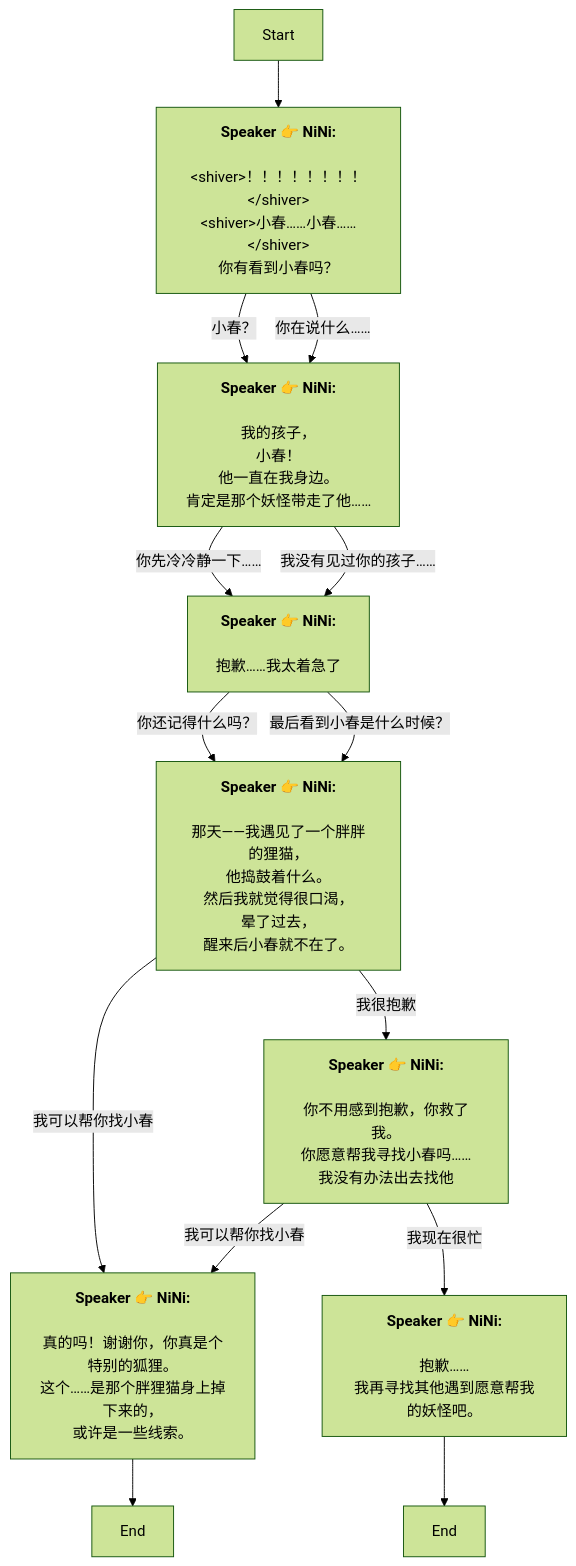
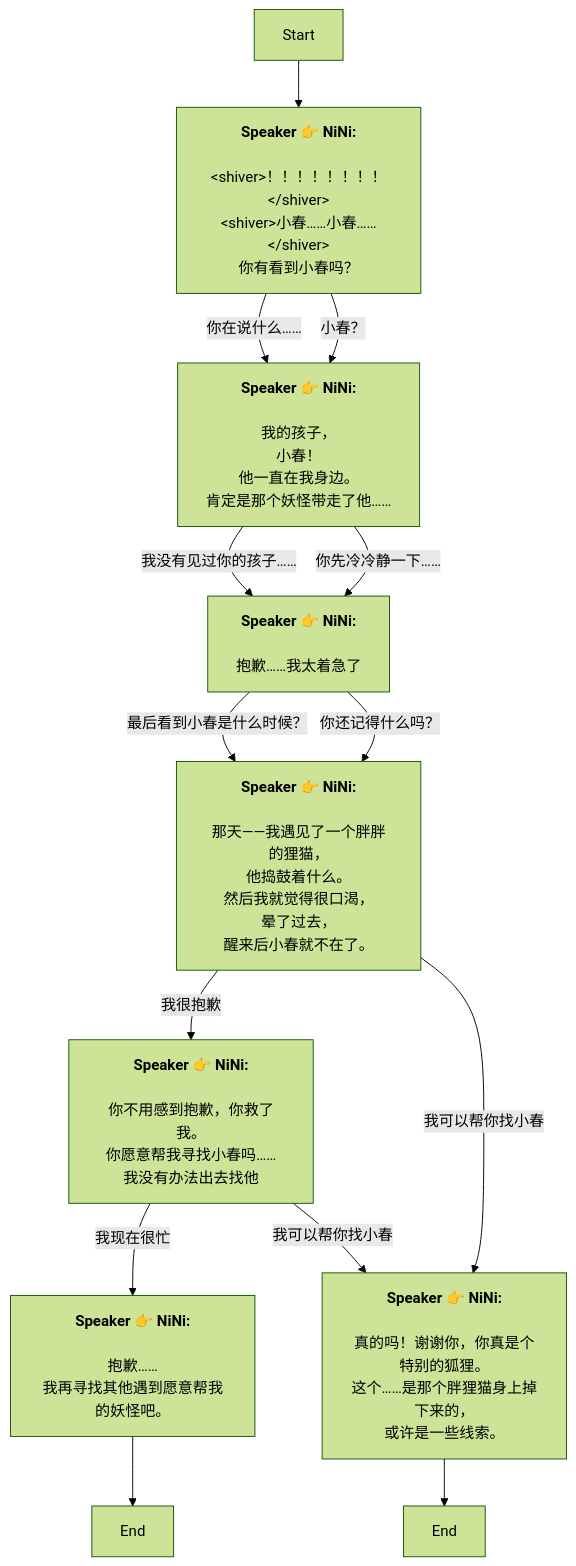
Before and after one commit to SoftHu/tos_avg: the diagram in Zh/QuestTalkObjectiveNode_1766053212522197.md, drawn with Mermaid (forest theme). The commit also changed other lines of this file and 780 other files, not shown here.

````diff
--- a/Zh/QuestTalkObjectiveNode_1766053212522197.md
+++ b/Zh/QuestTalkObjectiveNode_1766053212522197.md
@@ -1,42 +1,42 @@
 ```mermaid
 graph
 Start -->1766053515595483[<b>Speaker 👉 NiNi:</b>
 \n&lt;shiver&gt;！！！！！！！！&lt;/shiver&gt;\n&lt;shiver&gt;小春……小春……&lt;/shiver&gt;\n你有看到小春吗？]
+1766053515595483 -->|你在说什么……|1766055012627169[<b>Speaker 👉 NiNi:</b>
+\n我的孩子，
+小春！ 
+他一直在我身边。\n肯定是那个妖怪带走了他……]
 1766053515595483 -->|小春？|1766055012627169[<b>Speaker 👉 NiNi:</b>
 \n我的孩子，
 小春！ 
 他一直在我身边。\n肯定是那个妖怪带走了他……]
-1766053515595483 -->|你在说什么……|1766055012627169[<b>Speaker 👉 NiNi:</b>
-\n我的孩子，
-小春！ 
-他一直在我身边。\n肯定是那个妖怪带走了他……]
+1766055012627169 -->|我没有见过你的孩子……|1766056153452252[<b>Speaker 👉 NiNi:</b>
+\n抱歉……我太着急了]
 1766055012627169 -->|你先冷冷静一下……|1766056153452252[<b>Speaker 👉 NiNi:</b>
 \n抱歉……我太着急了]
-1766055012627169 -->|我没有见过你的孩子……|1766056153452252[<b>Speaker 👉 NiNi:</b>
-\n抱歉……我太着急了]
+1766056153452252 -->|最后看到小春是什么时候？|1766056200126178[<b>Speaker 👉 NiNi:</b>
+\n那天——我遇见了一个胖胖的狸猫，
+他捣鼓着什么。\n然后我就觉得很口渴，
+晕了过去，
+醒来后小春就不在了。]
 1766056153452252 -->|你还记得什么吗？|1766056200126178[<b>Speaker 👉 NiNi:</b>
 \n那天——我遇见了一个胖胖的狸猫，
 他捣鼓着什么。\n然后我就觉得很口渴，
 晕了过去，
 醒来后小春就不在了。]
-1766056153452252 -->|最后看到小春是什么时候？|1766056200126178[<b>Speaker 👉 NiNi:</b>
-\n那天——我遇见了一个胖胖的狸猫，
-他捣鼓着什么。\n然后我就觉得很口渴，
-晕了过去，
-醒来后小春就不在了。]
+1766056200126178 -->|我很抱歉|1766056329715434[<b>Speaker 👉 NiNi:</b>
+\n你不用感到抱歉，你救了我。\n你愿意帮我寻找小春吗……
+我没有办法出去找他]
 1766056200126178 -->|我可以帮你找小春|1766056269282024[<b>Speaker 👉 NiNi:</b>
 \n真的吗！谢谢你，你真是个特别的狐狸。\n这个……是那个胖狸猫身上掉下来的，
 或许是一些线索。]
-1766056200126178 -->|我很抱歉|1766056329715434[<b>Speaker 👉 NiNi:</b>
-\n你不用感到抱歉，你救了我。\n你愿意帮我寻找小春吗……
-我没有办法出去找他]
 1766056269282024 -->1766056308926185[End]
+1766056329715434 -->|我现在很忙|1766056401217265[<b>Speaker 👉 NiNi:</b>
+\n抱歉……
+我再寻找其他遇到愿意帮我的妖怪吧。]
 1766056329715434 -->|我可以帮你找小春|1766056269282024[<b>Speaker 👉 NiNi:</b>
 \n真的吗！谢谢你，你真是个特别的狐狸。\n这个……是那个胖狸猫身上掉下来的，
 或许是一些线索。]
-1766056329715434 -->|我现在很忙|1766056401217265[<b>Speaker 👉 NiNi:</b>
-\n抱歉……
-我再寻找其他遇到愿意帮我的妖怪吧。]
 1766056401217265 -->1766056390392560[End]
 
 ```
````
